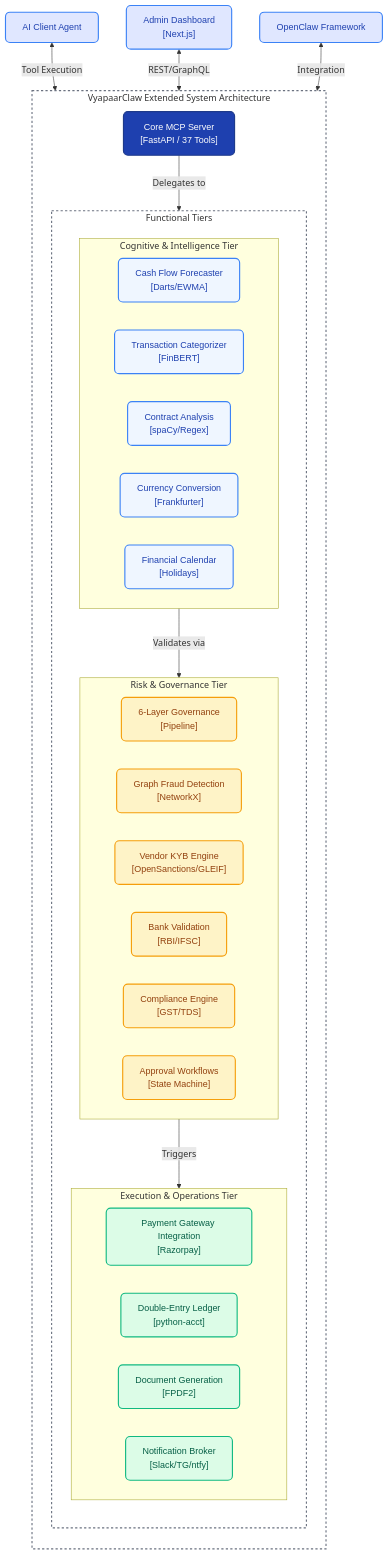
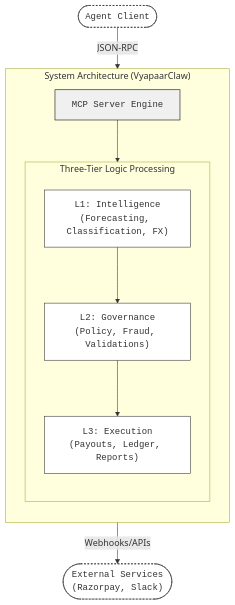
One commit to guglxni/VyapaarClaw changed the diagram in README.md. Above: the diagram before and after it, drawn with Mermaid. The commit also changed 8 other files, not shown here.

Commit message:
docs: redesign diagrams to be scientific and compact

````diff
--- a/README.md
+++ b/README.md
@@ -21,59 +21,27 @@
 ```mermaid
-graph TB
-    %% Professional C4 Architecture Styling
-    classDef default fill:#FFFFFF,stroke:#333333,stroke-width:2px,color:#333333,font-family:sans-serif;
-    classDef interface fill:#E0E7FF,stroke:#3B82F6,color:#1E40AF,rx:8,ry:8,stroke-width:2px;
-    classDef engine fill:#1E40AF,stroke:#1E3A8A,color:#FFFFFF,rx:8,ry:8,stroke-width:2px;
-    classDef layer fill:#F9FAFB,stroke:#9CA3AF,color:#1F2937,rx:8,ry:8,stroke-width:2px;
-    classDef intelligence fill:#EFF6FF,stroke:#3B82F6,color:#1E40AF,rx:8,ry:8,stroke-width:2px;
-    classDef governance fill:#FEF3C7,stroke:#F59E0B,color:#92400E,rx:8,ry:8,stroke-width:2px;
-    classDef execution fill:#DCFCE7,stroke:#10B981,color:#065F46,rx:8,ry:8,stroke-width:2px;
-    classDef boundary fill:none,stroke:#6B7280,stroke-width:2px,stroke-dasharray: 4 4;
+graph TD
+    %% Scientific Block Diagram
+    classDef ext fill:#fff,stroke:#333,stroke-width:1px,stroke-dasharray: 3 3,font-family:monospace;
+    classDef core fill:#f0f0f0,stroke:#000,stroke-width:1px,font-family:monospace;
+    classDef node fill:#fff,stroke:#333,stroke-width:1px,font-family:monospace;
 
-    subgraph SystemBoundary[VyapaarClaw Extended System Architecture]
+    Client(["Agent Client"]):::ext -->|JSON-RPC| MCP
+    
+    subgraph VyapaarClaw ["System Architecture (VyapaarClaw)"]
         direction TB
-
-        MCP["Core MCP Server<br/>[FastAPI / 37 Tools]"]:::engine
-
-        subgraph LayersBoundary[Functional Tiers]
+        MCP["MCP Server Engine"]:::core
+        
+        subgraph Pipeline ["Three-Tier Logic Processing"]
             direction TB
-            subgraph KNOW[Cognitive & Intelligence Tier]
-                direction LR
-                FC["Cash Flow Forecaster<br/>[Darts/EWMA]"]:::intelligence
-                TC["Transaction Categorizer<br/>[FinBERT]"]:::intelligence
-                CA["Contract Analysis<br/>[spaCy/Regex]"]:::intelligence
-                FX["Currency Conversion<br/>[Frankfurter]"]:::intelligence
-                CAL["Financial Calendar<br/>[Holidays]"]:::intelligence
-            end
-
-            subgraph GUARD[Risk & Governance Tier]
-                direction LR
-                GOV["6-Layer Governance<br/>[Pipeline]"]:::governance
-                GFD["Graph Fraud Detection<br/>[NetworkX]"]:::governance
-                KYB["Vendor KYB Engine<br/>[OpenSanctions/GLEIF]"]:::governance
-                BV["Bank Validation<br/>[RBI/IFSC]"]:::governance
-                GST["Compliance Engine<br/>[GST/TDS]"]:::governance
-                WF["Approval Workflows<br/>[State Machine]"]:::governance
-            end
-
-            subgraph ACT[Execution & Operations Tier]
-                direction LR
-                PAY["Payment Gateway Integration<br/>[Razorpay]"]:::execution
-                LED["Double-Entry Ledger<br/>[python-acct]"]:::execution
-                RPT["Document Generation<br/>[FPDF2]"]:::execution
-                NTF["Notification Broker<br/>[Slack/TG/ntfy]"]:::execution
-            end
+            KNOW["L1: Intelligence<br/>(Forecasting, Classification, FX)"]:::node
+            GUARD["L2: Governance<br/>(Policy, Fraud, Validations)"]:::node
+            ACT["L3: Execution<br/>(Payouts, Ledger, Reports)"]:::node
+            
+            KNOW --> GUARD --> ACT
         end
+        
+        MCP --> Pipeline
     end
-
-    %% Interactions
-    AGENT["AI Client Agent"]:::interface <-->|Tool Execution| MCP
-    DASH["Admin Dashboard<br/>[Next.js]"]:::interface <-->|REST/GraphQL| MCP
-    CLAW["OpenClaw Framework"]:::interface <-->|Integration| MCP
-
-    MCP -->|Delegates to| KNOW
-    KNOW -->|Validates via| GUARD
-    GUARD -->|Triggers| ACT
-
-    class SystemBoundary,LayersBoundary boundary
+    
+    Pipeline -->|Webhooks/APIs| Integrations(["External Services<br/>(Razorpay, Slack)"]):::ext
 ```
````
